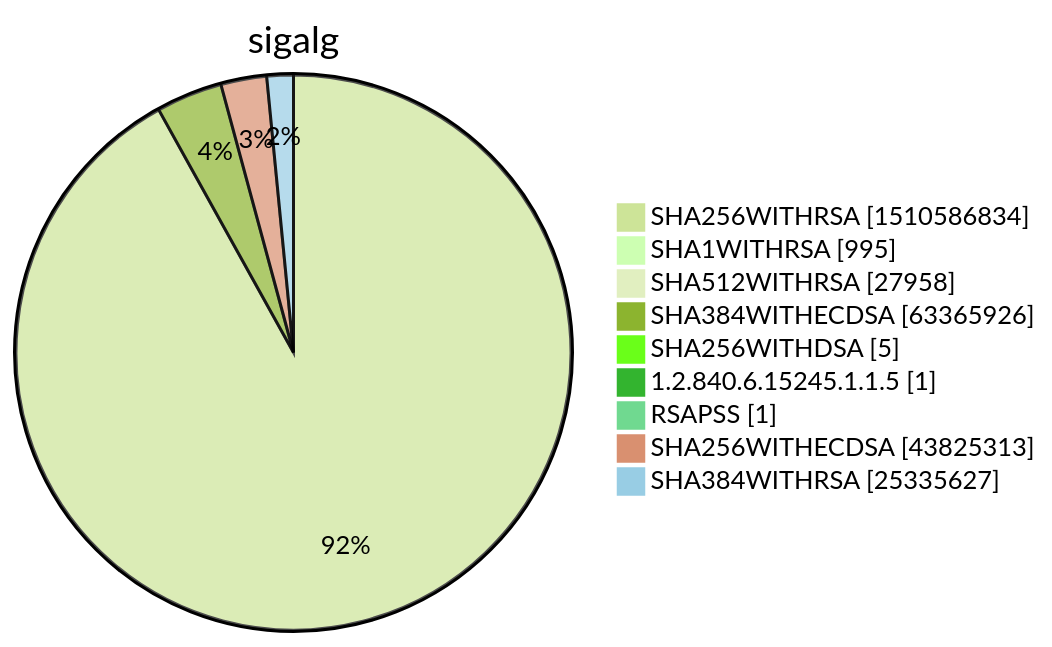
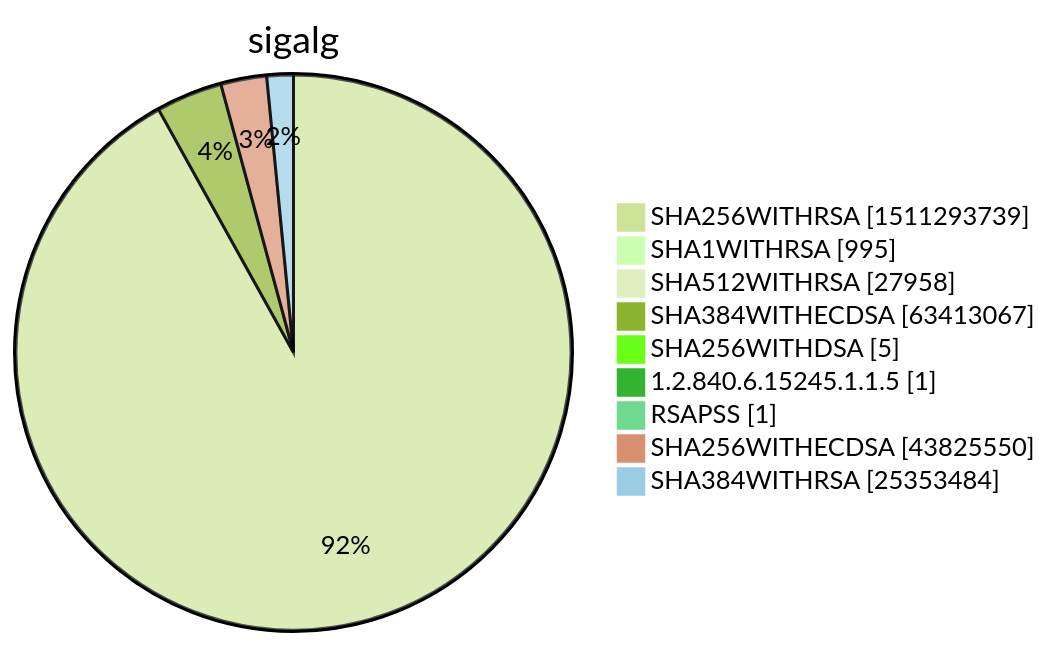
One commit to christiankrug/ctmonitor_visualization changed diagram 15 of 15 in xenon2022/README.md. Above: the diagram before and after it, drawn with Mermaid (forest theme). The commit also changed other lines of this file, not shown here.

````diff
--- a/xenon2022/README.md
+++ b/xenon2022/README.md
@@ -5864,13 +5864,13 @@
 ```mermaid
 pie showData
 title sigalg
-"SHA256WITHRSA" :1510586834
+"SHA256WITHRSA" :1511293739
 "SHA1WITHRSA" :995
 "SHA512WITHRSA" :27958
-"SHA384WITHECDSA" :63365926
+"SHA384WITHECDSA" :63413067
 "SHA256WITHDSA" :5
 "1.2.840.6.15245.1.1.5" :1
 "RSAPSS" :1
-"SHA256WITHECDSA" :43825313
-"SHA384WITHRSA" :25335627
+"SHA256WITHECDSA" :43825550
+"SHA384WITHRSA" :25353484
 ```
````
